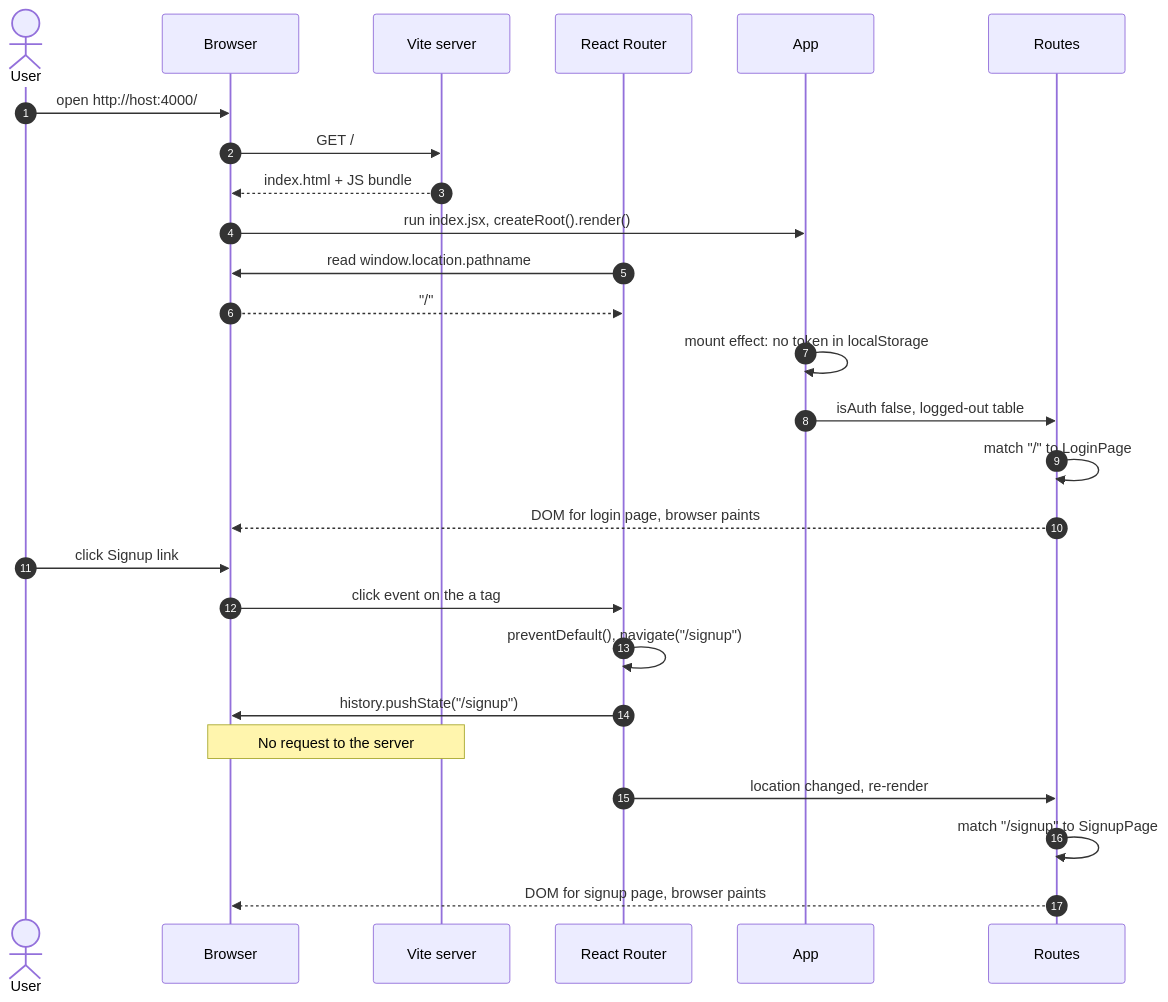
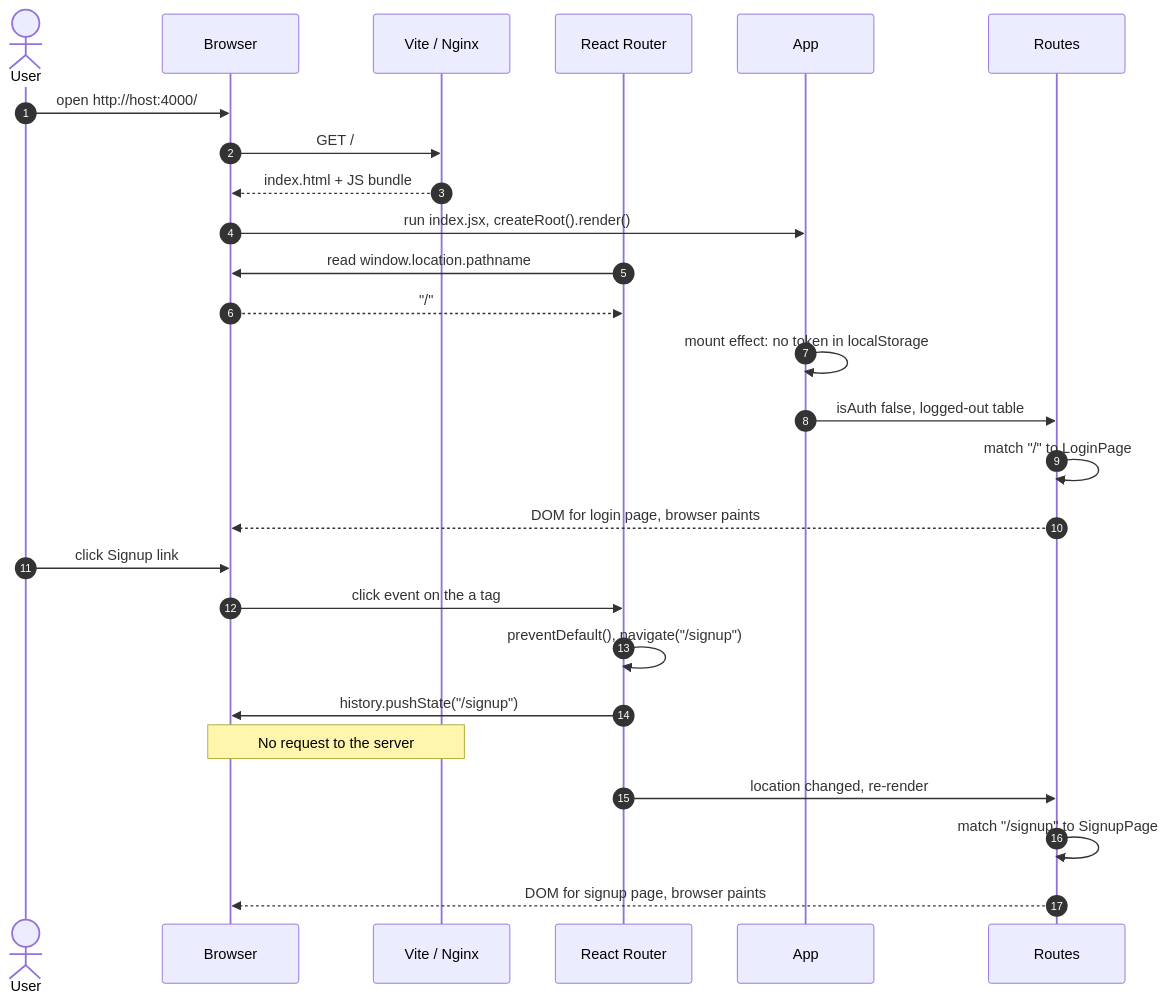
One commit to level12345/sociam_media changed the fourth of 9 diagrams in docs/frontend-architecture.md. Above: the diagram before and after it, drawn with Mermaid. The commit also changed other lines of this file and 1 other file, not shown here.

````diff
--- a/docs/frontend-architecture.md
+++ b/docs/frontend-architecture.md
@@ -142,30 +143,30 @@
 ```mermaid
 sequenceDiagram
     autonumber
     actor U as User
     participant B as Browser
-    participant V as Vite server
+    participant V as Vite / Nginx
     participant RR as React Router
     participant A as App
     participant R as Routes
 
     U->>B: open http://host:4000/
     B->>V: GET /
     V-->>B: index.html + JS bundle
     B->>A: run index.jsx, createRoot().render()
     RR->>B: read window.location.pathname
     B-->>RR: "/"
     A->>A: mount effect: no token in localStorage
     A->>R: isAuth false, logged-out table
     R->>R: match "/" to LoginPage
     R-->>B: DOM for login page, browser paints
 
     U->>B: click Signup link
     B->>RR: click event on the a tag
     RR->>RR: preventDefault(), navigate("/signup")
     RR->>B: history.pushState("/signup")
     Note over B,V: No request to the server
     RR->>R: location changed, re-render
     R->>R: match "/signup" to SignupPage
     R-->>B: DOM for signup page, browser paints
 ```
````
